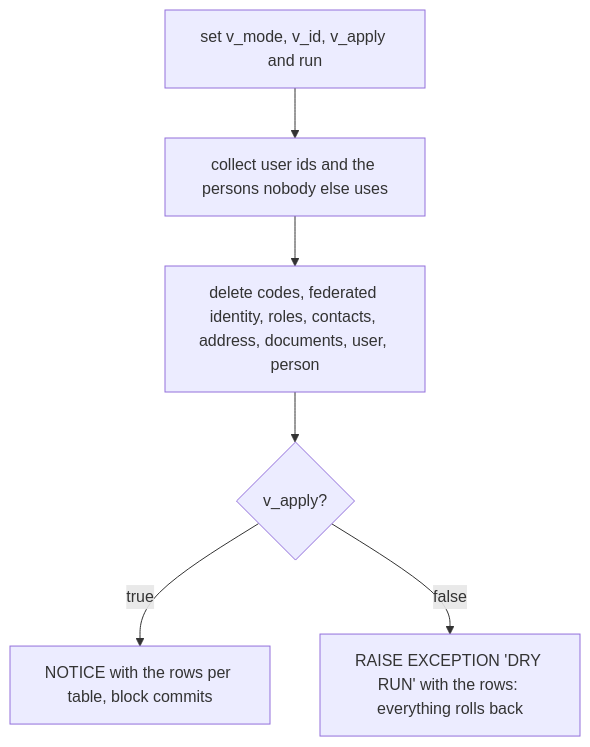
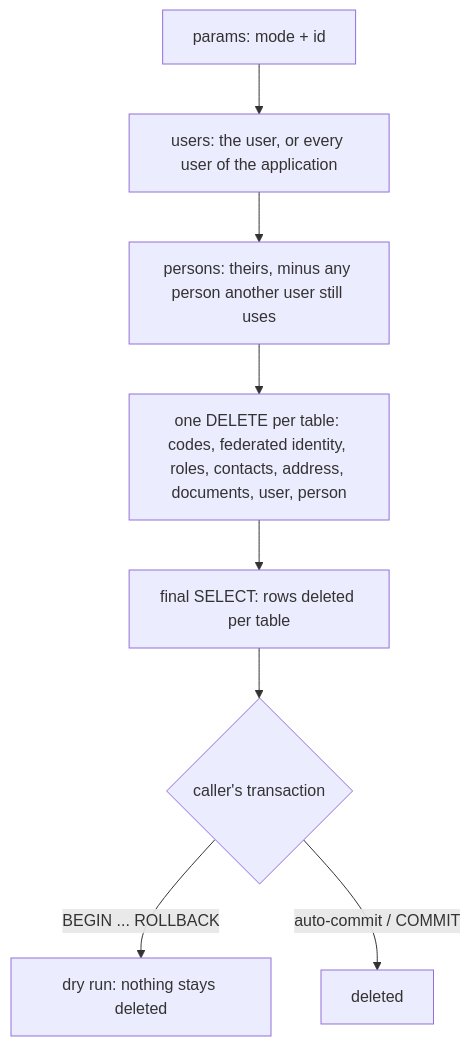
Before and after one commit to um-dev-creative/smartkin-backend: diagram 29 of 30 in docs/TECHNICAL_GUIDE.md, drawn with Mermaid. The commit also changed other lines of this file and 4 other files, not shown here.

Commit message:
refactor(scripts): the purge is one plain SQL statement, no DO block

````diff
--- a/docs/TECHNICAL_GUIDE.md
+++ b/docs/TECHNICAL_GUIDE.md
@@ -1095,8 +1095,10 @@
 ```mermaid
 flowchart TD
-    A["set v_mode, v_id, v_apply and run"] --> B["collect user ids and the persons nobody else uses"]
-    B --> C["delete codes, federated identity, roles, contacts, address, documents, user, person"]
-    C --> D{"v_apply?"}
-    D -- "true" --> E["NOTICE with the rows per table, block commits"]
-    D -- "false" --> F["RAISE EXCEPTION 'DRY RUN' with the rows: everything rolls back"]
+    A["params: mode + id"] --> B["users: the user, or every user of the application"]
+    B --> C["persons: theirs, minus any person another user still uses"]
+    C --> D["one DELETE per table: codes, federated identity, roles, contacts, address, documents, user, person"]
+    D --> E["final SELECT: rows deleted per table"]
+    E --> F{"caller's transaction"}
+    F -- "BEGIN ... ROLLBACK" --> G["dry run: nothing stays deleted"]
+    F -- "auto-commit / COMMIT" --> H["deleted"]
 ```
````
